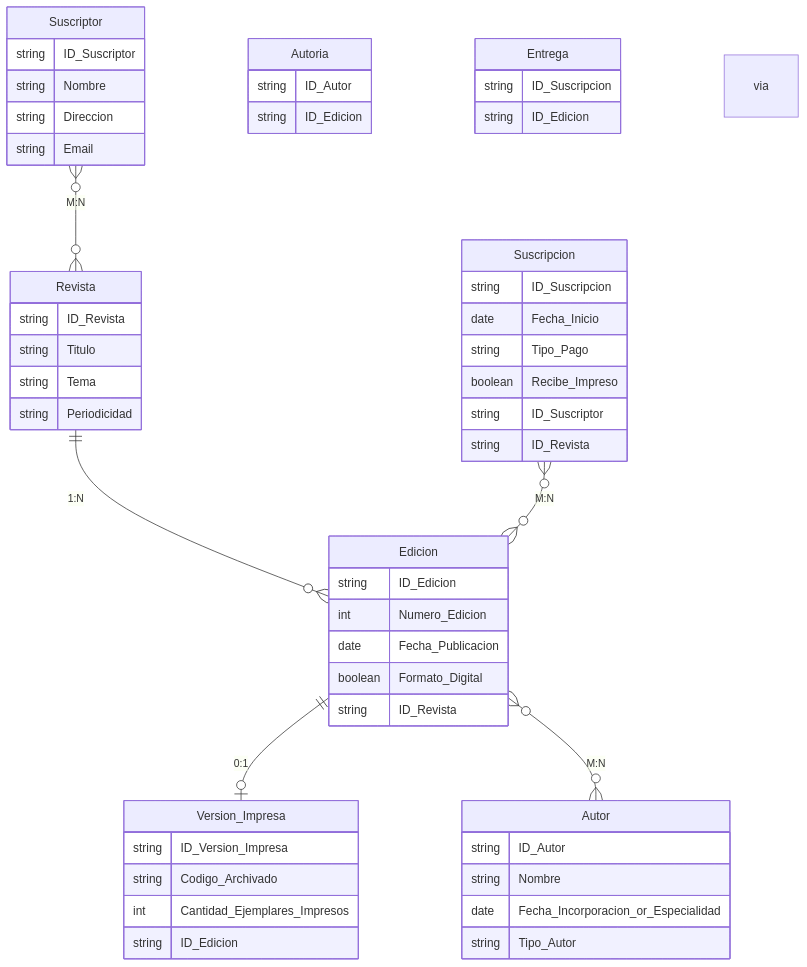
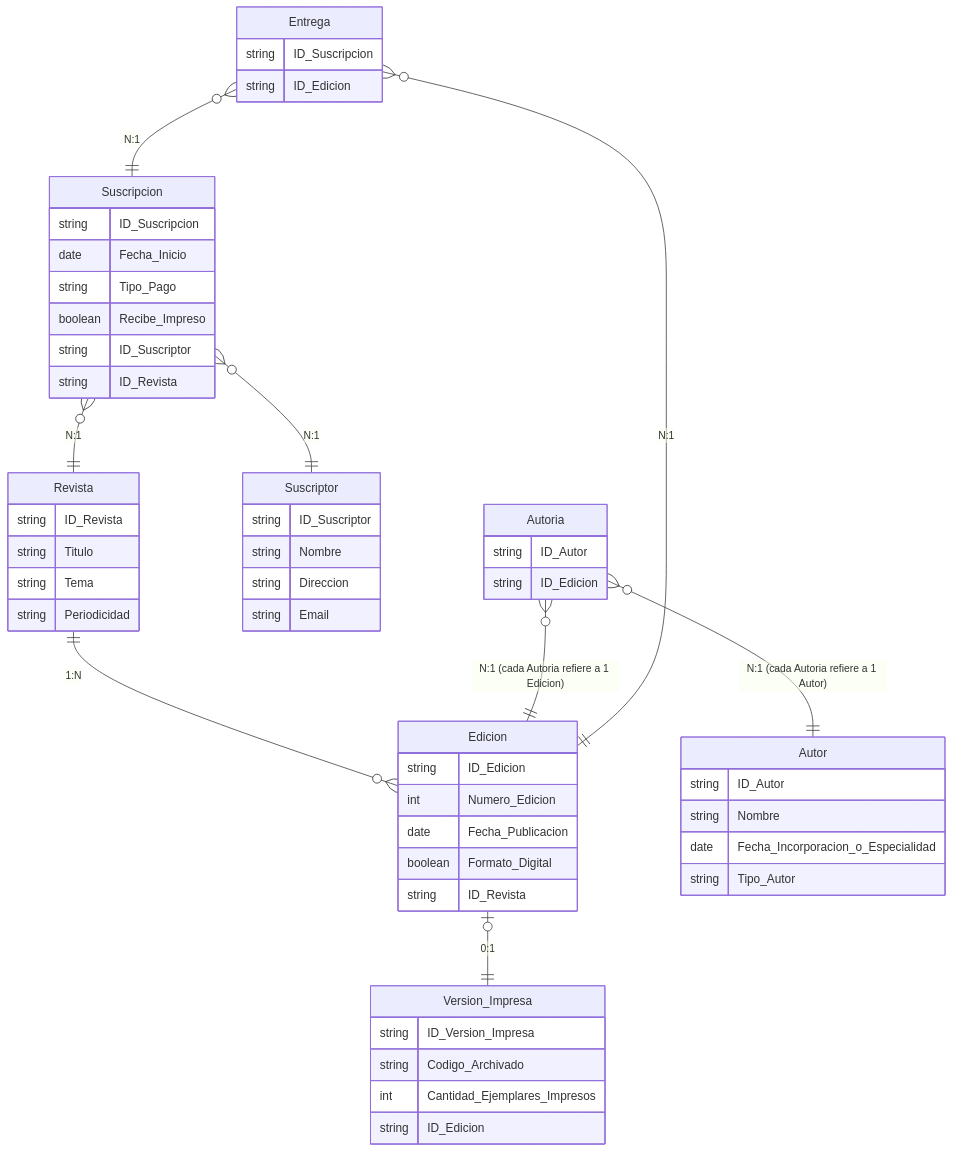
One commit to UnirCs/BBDDA-GLOBAL changed the diagram in Tema_0/00_Resources/01_Editorial.md. Above: the diagram before and after it, drawn with Mermaid. The commit also changed 6 other files, not shown here.

````diff
--- a/Tema_0/00_Resources/01_Editorial.md
+++ b/Tema_0/00_Resources/01_Editorial.md
@@ -42,64 +42,70 @@
 ```mermaid
 erDiagram
 
     Revista {
         string ID_Revista
         string Titulo
         string Tema
         string Periodicidad
     }
 
     Edicion {
         string ID_Edicion
         int Numero_Edicion
         date Fecha_Publicacion
         boolean Formato_Digital
         string ID_Revista
     }
 
     Version_Impresa {
         string ID_Version_Impresa
         string Codigo_Archivado
         int Cantidad_Ejemplares_Impresos
         string ID_Edicion
     }
 
     Autor {
         string ID_Autor
         string Nombre
-        date Fecha_Incorporacion_or_Especialidad
+        date Fecha_Incorporacion_o_Especialidad
         string Tipo_Autor
     }
 
     Suscriptor {
         string ID_Suscriptor
         string Nombre
         string Direccion
         string Email
     }
 
     Suscripcion {
         string ID_Suscripcion
         date Fecha_Inicio
         string Tipo_Pago
         boolean Recibe_Impreso
         string ID_Suscriptor
         string ID_Revista
     }
 
     Autoria {
         string ID_Autor
         string ID_Edicion
     }
 
     Entrega {
         string ID_Suscripcion
         string ID_Edicion
     }
 
     Revista ||--o{ Edicion : "1:N"
-    Edicion ||--o| Version_Impresa : "0:1"
-    Edicion }o--o{ Autor : "M:N" via Autoria
-    Suscriptor }o--o{ Revista : "M:N" via Suscripcion
-    Suscripcion }o--o{ Edicion : "M:N" via Entrega
+    Edicion |o--|| Version_Impresa : "0:1"
+
+    Autoria }o--|| Edicion : "N:1 (cada Autoria refiere a 1 Edicion)"
+    Autoria }o--|| Autor : "N:1 (cada Autoria refiere a 1 Autor)"
+
+    Suscripcion }o--|| Suscriptor : "N:1"
+    Suscripcion }o--|| Revista : "N:1"
+
+    Entrega }o--|| Suscripcion : "N:1"
+    Entrega }o--|| Edicion : "N:1"
 ```
````
